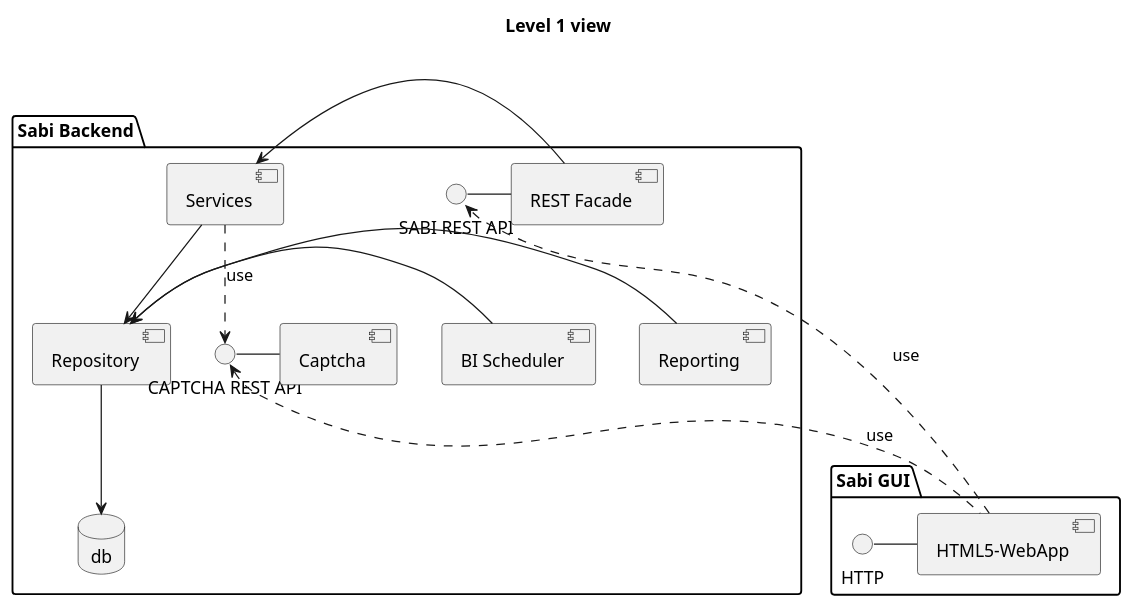
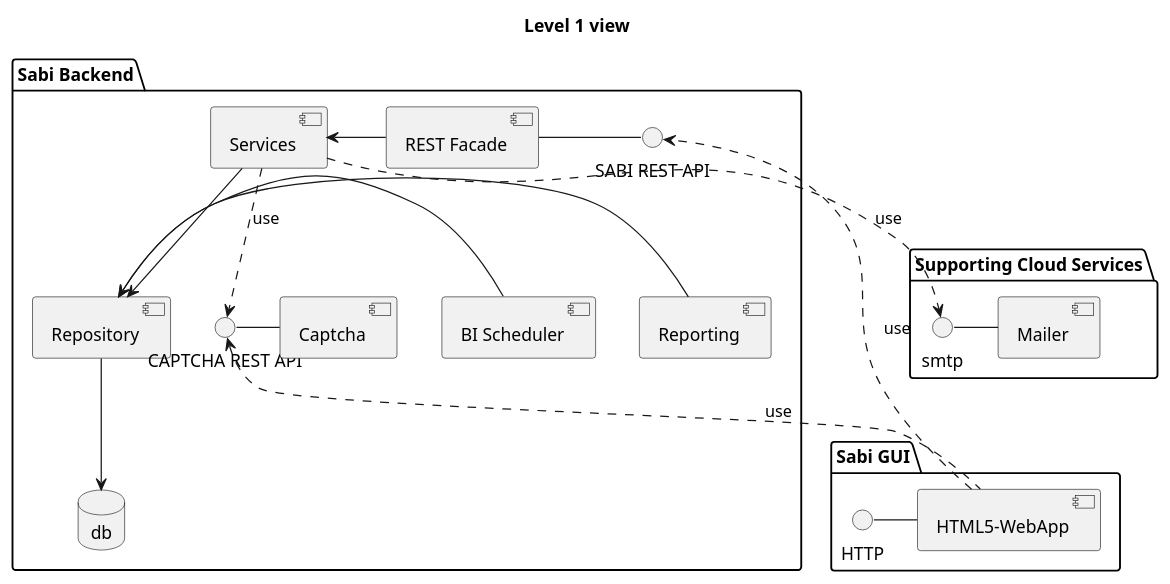
Before and after one commit to StefanSchubert/sabi: the diagram in sabi-parent/sabi-server/UML/5.1_BuildingBlockView/Comp_Level1_Sabi.puml, drawn with PlantUML. The commit also changed 20 other files, not shown here.

```diff
--- a/sabi-parent/sabi-server/UML/5.1_BuildingBlockView/Comp_Level1_Sabi.puml
+++ b/sabi-parent/sabi-server/UML/5.1_BuildingBlockView/Comp_Level1_Sabi.puml
@@ -1,33 +1,43 @@
 @startuml
 
 skinparam monochrome true
 skinparam componentStyle uml2
 
 package "Sabi GUI" {
 HTTP - [HTML5-WebApp]
 }
 
 package "Sabi Backend" {
 title Level 1 view
 interface "SABI REST API" as rest
 database db
 [HTML5-WebApp] ..> rest : use
-rest - [REST Facade]
-[REST Facade] -> [Services]
+[REST Facade] - rest
+[Services] <- [REST Facade]
 [Repository] --> db
 
 together {
 [Services] --> [Repository]
 [Reporting] -> [Repository]
 [BI Scheduler] -> [Repository]
 }
 
+
 interface "CAPTCHA REST API" as rest2
 rest2 - [Captcha]
+
 
 [Services] ..> rest2 : use
 rest2 <.. [HTML5-WebApp] : use
 
 }
 
+package "Supporting Cloud Services" {
+
+interface smtp
+smtp - [Mailer]
+[Services] ..> smtp : use
+
+}
+
 @enduml
```
